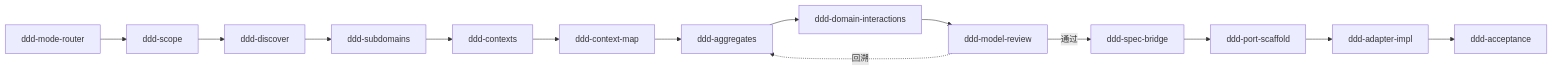
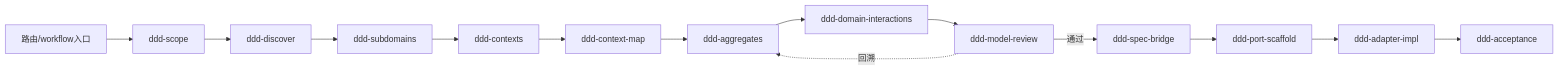
One commit to Capsule7446/backend-best-practices changed the first of 2 diagrams in README.md. Above: the diagram before and after it, drawn with Mermaid. The commit also changed other lines of this file and 36 other files, not shown here.

````diff
--- a/README.md
+++ b/README.md
@@ -91,10 +50,10 @@
 ```mermaid
 flowchart LR
-  R[ddd-mode-router] --> S[ddd-scope] --> D[ddd-discover]
+  R[路由/workflow入口] --> S[ddd-scope] --> D[ddd-discover]
   D --> SD[ddd-subdomains] --> CX[ddd-contexts] --> CM[ddd-context-map]
   CM --> AG[ddd-aggregates] --> DI[ddd-domain-interactions]
   DI --> MR[ddd-model-review]
   MR -->|通过| SB[ddd-spec-bridge]
-  MR -.->|回溯| AG
+  MR -.回溯.-> AG
   SB --> PS[ddd-port-scaffold] --> AI[ddd-adapter-impl] --> AC[ddd-acceptance]
 ```
````
